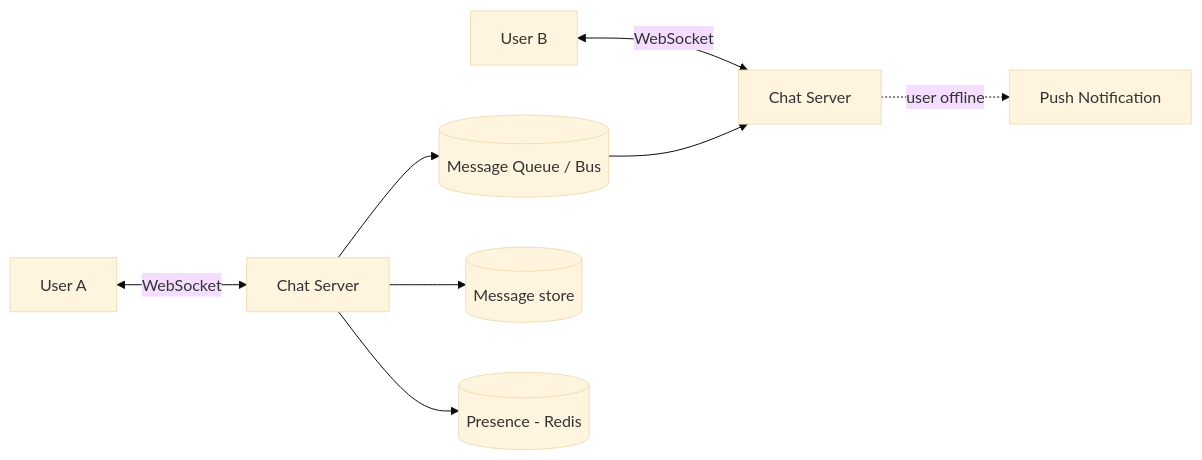
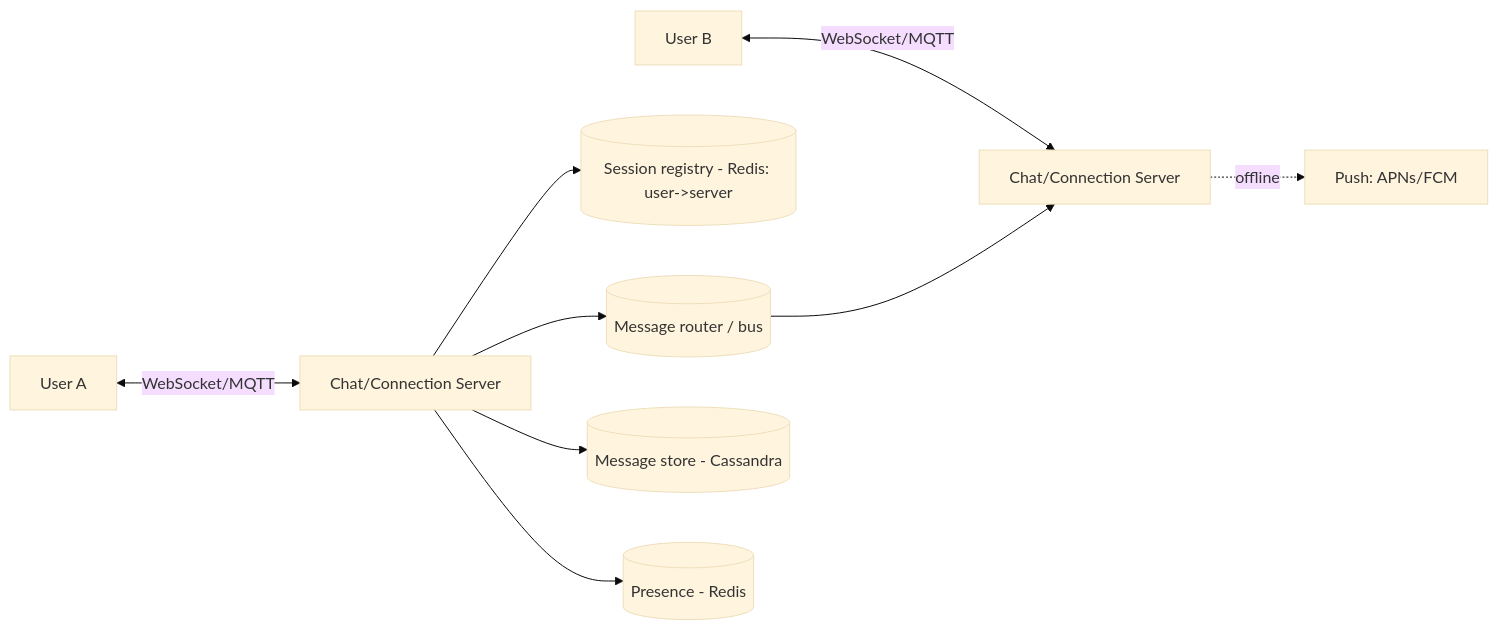
Before and after one commit to hiepgithub2001/swedocs: the first of 2 diagrams in system-design/2-case-studies/chat-system.md, drawn with Mermaid (base theme). The commit also changed other lines of this file and 12 other files, not shown here.

Commit message:
Expand all 13 case studies with deeper detail (clarifying Qs, estimation math, schemas, more deep dives & diagrams)

````diff
--- a/system-design/2-case-studies/chat-system.md
+++ b/system-design/2-case-studies/chat-system.md
@@ -21,10 +34,11 @@
 ```mermaid
 flowchart LR
-    A[User A] <-->|WebSocket| CS1[Chat Server]
-    B[User B] <-->|WebSocket| CS2[Chat Server]
-    CS1 --> Q[(Message Queue / Bus)]
-    Q --> CS2
-    CS1 --> DB[(Message store)]
+    A[User A] <-->|WebSocket/MQTT| CS1[Chat/Connection Server]
+    B[User B] <-->|WebSocket/MQTT| CS2[Chat/Connection Server]
+    CS1 --> Sess[(Session registry - Redis: user->server)]
+    CS1 --> Bus[(Message router / bus)]
+    Bus --> CS2
+    CS1 --> MDB[(Message store - Cassandra)]
     CS1 --> Pres[(Presence - Redis)]
-    CS2 -. user offline .-> Push[Push Notification]
+    CS2 -. offline .-> Push[Push: APNs/FCM]
 ```
````
